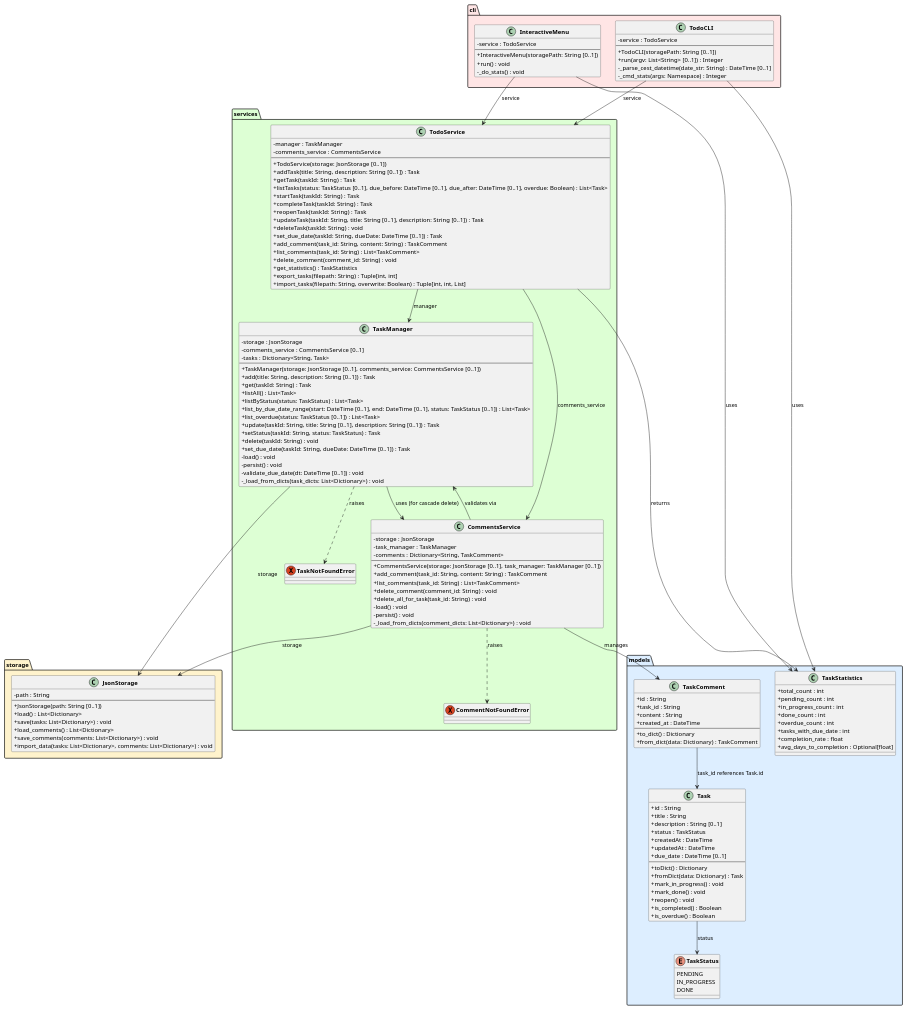
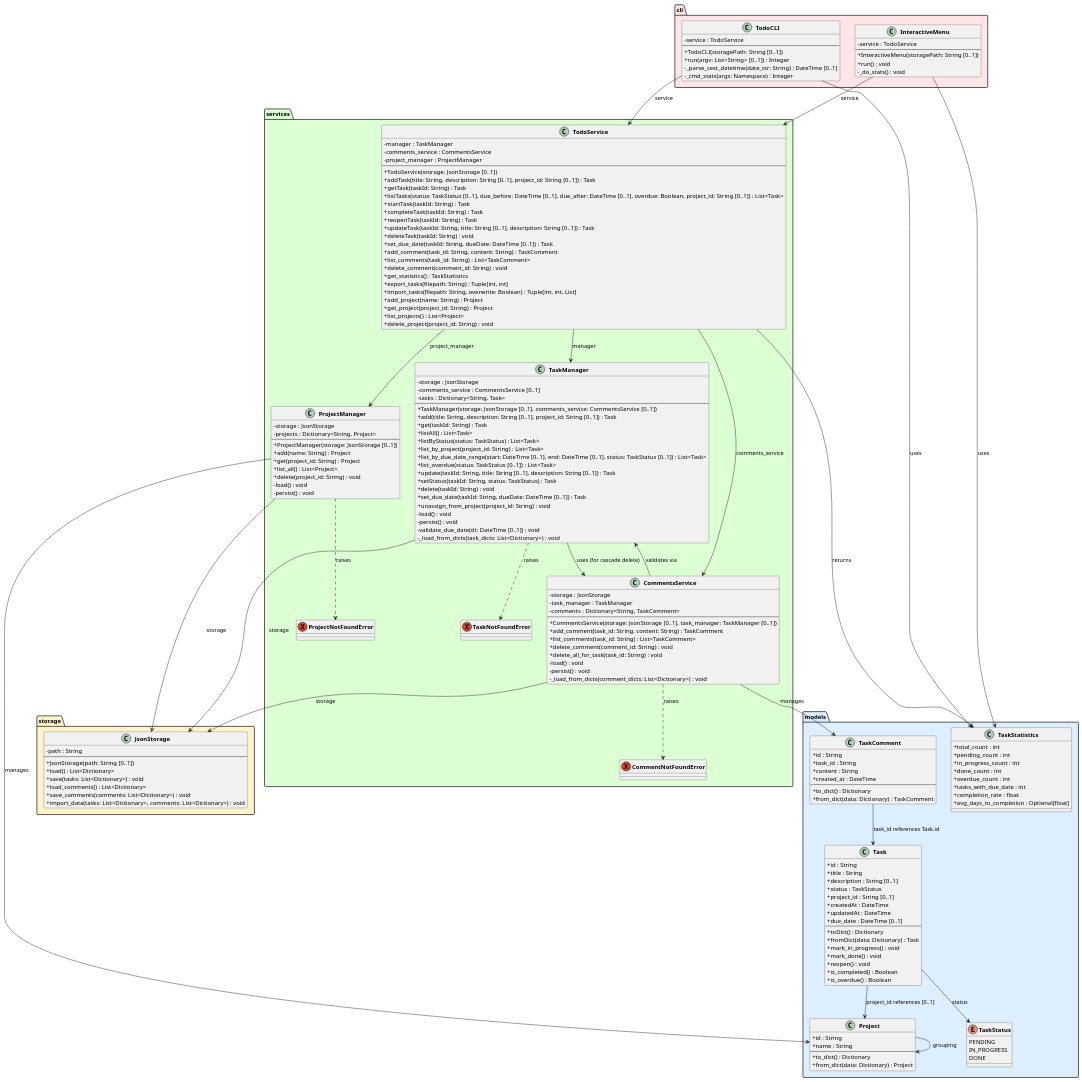
The diagram in experiments/supervisor_as_tools/structured_text/TODO/artifacts/class_diagram.puml (DanielRiha8906/Software_autoevolution_using_agents), drawn with PlantUML before and after one commit. The commit also changed 19 other files, not shown here.

First line of the commit message:
task 08 | supervisor_as_tools / structured_text / TODO

```diff
--- a/experiments/supervisor_as_tools/structured_text/TODO/artifacts/class_diagram.puml
+++ b/experiments/supervisor_as_tools/structured_text/TODO/artifacts/class_diagram.puml
@@ -15,6 +15,7 @@
         +title : String
         +description : String [0..1]
         +status : TaskStatus
+        +project_id : String [0..1]
         +createdAt : DateTime
         +updatedAt : DateTime
         +due_date : DateTime [0..1]
@@ -26,6 +27,14 @@
         +reopen() : void
         +is_completed() : Boolean
         +is_overdue() : Boolean
+    }
+
+    class Project {
+        +id : String
+        +name : String
+        --
+        +to_dict() : Dictionary
+        +from_dict(data: Dictionary) : Project
     }
 
     class TaskComment {
@@ -66,6 +75,7 @@
 package "services" #DDFFD4 {
     exception TaskNotFoundError
     exception CommentNotFoundError
+    exception ProjectNotFoundError
 
     class TaskManager {
         -storage : JsonStorage
@@ -73,20 +83,35 @@
         -tasks : Dictionary<String, Task>
         --
         +TaskManager(storage: JsonStorage [0..1], comments_service: CommentsService [0..1])
-        +add(title: String, description: String [0..1]) : Task
+        +add(title: String, description: String [0..1], project_id: String [0..1]) : Task
         +get(taskId: String) : Task
         +listAll() : List<Task>
         +listByStatus(status: TaskStatus) : List<Task>
+        +list_by_project(project_id: String) : List<Task>
         +list_by_due_date_range(start: DateTime [0..1], end: DateTime [0..1], status: TaskStatus [0..1]) : List<Task>
         +list_overdue(status: TaskStatus [0..1]) : List<Task>
         +update(taskId: String, title: String [0..1], description: String [0..1]) : Task
         +setStatus(taskId: String, status: TaskStatus) : Task
         +delete(taskId: String) : void
         +set_due_date(taskId: String, dueDate: DateTime [0..1]) : Task
+        +unassign_from_project(project_id: String) : void
         -load() : void
         -persist() : void
         -validate_due_date(dt: DateTime [0..1]) : void
         -_load_from_dicts(task_dicts: List<Dictionary>) : void
+    }
+
+    class ProjectManager {
+        -storage : JsonStorage
+        -projects : Dictionary<String, Project>
+        --
+        +ProjectManager(storage: JsonStorage [0..1])
+        +add(name: String) : Project
+        +get(project_id: String) : Project
+        +list_all() : List<Project>
+        +delete(project_id: String) : void
+        -load() : void
+        -persist() : void
     }
 
     class CommentsService {
@@ -107,11 +132,12 @@
     class TodoService {
         -manager : TaskManager
         -comments_service : CommentsService
+        -project_manager : ProjectManager
         --
         +TodoService(storage: JsonStorage [0..1])
-        +addTask(title: String, description: String [0..1]) : Task
+        +addTask(title: String, description: String [0..1], project_id: String [0..1]) : Task
         +getTask(taskId: String) : Task
-        +listTasks(status: TaskStatus [0..1], due_before: DateTime [0..1], due_after: DateTime [0..1], overdue: Boolean) : List<Task>
+        +listTasks(status: TaskStatus [0..1], due_before: DateTime [0..1], due_after: DateTime [0..1], overdue: Boolean, project_id: String [0..1]) : List<Task>
         +startTask(taskId: String) : Task
         +completeTask(taskId: String) : Task
         +reopenTask(taskId: String) : Task
@@ -124,6 +150,10 @@
         +get_statistics() : TaskStatistics
         +export_tasks(filepath: String) : Tuple[int, int]
         +import_tasks(filepath: String, overwrite: Boolean) : Tuple[int, int, List]
+        +add_project(name: String) : Project
+        +get_project(project_id: String) : Project
+        +list_projects() : List<Project>
+        +delete_project(project_id: String) : void
     }
 }
 
@@ -147,16 +177,22 @@
 }
 
 Task --> TaskStatus : status
+Task --> Project : project_id references [0..1]
+Project --> Project : grouping
 TaskComment --> Task : task_id references Task.id
 TaskManager --> JsonStorage : storage
 TaskManager --> CommentsService : uses (for cascade delete)
 TaskManager ..> TaskNotFoundError : raises
+ProjectManager --> JsonStorage : storage
+ProjectManager --> Project : manages
+ProjectManager ..> ProjectNotFoundError : raises
 CommentsService --> JsonStorage : storage
 CommentsService --> TaskManager : validates via
 CommentsService --> TaskComment : manages
 CommentsService ..> CommentNotFoundError : raises
 TodoService --> TaskManager : manager
 TodoService --> CommentsService : comments_service
+TodoService --> ProjectManager : project_manager
 TodoService --> TaskStatistics : returns
 TodoCLI --> TodoService : service
 TodoCLI --> TaskStatistics : uses
```
